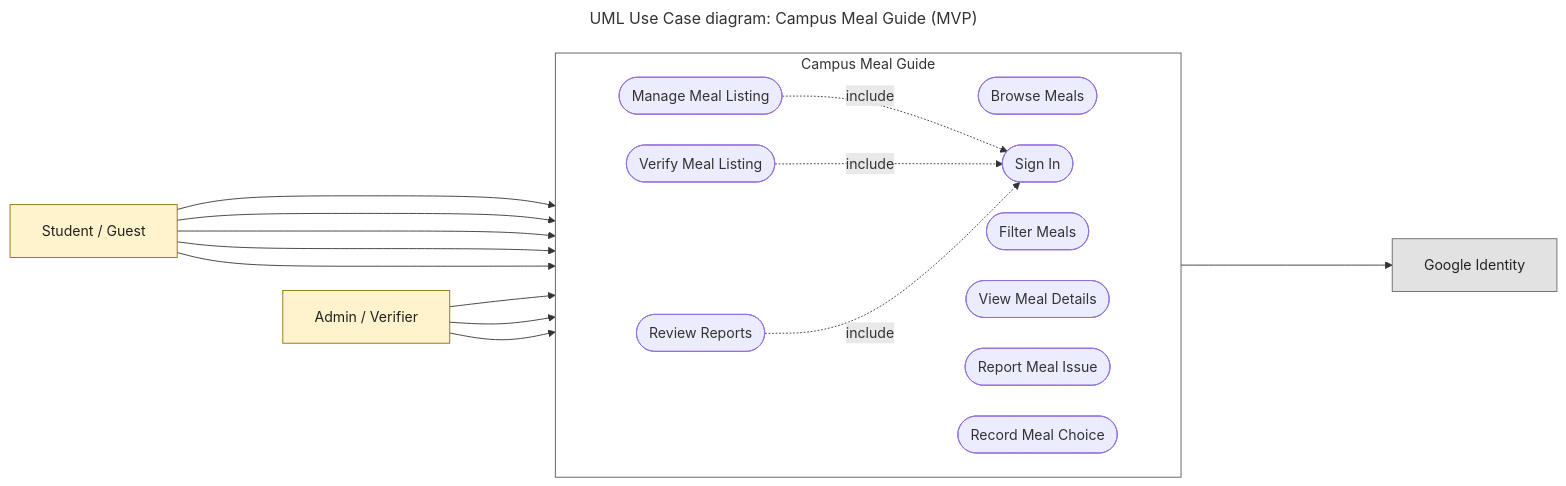
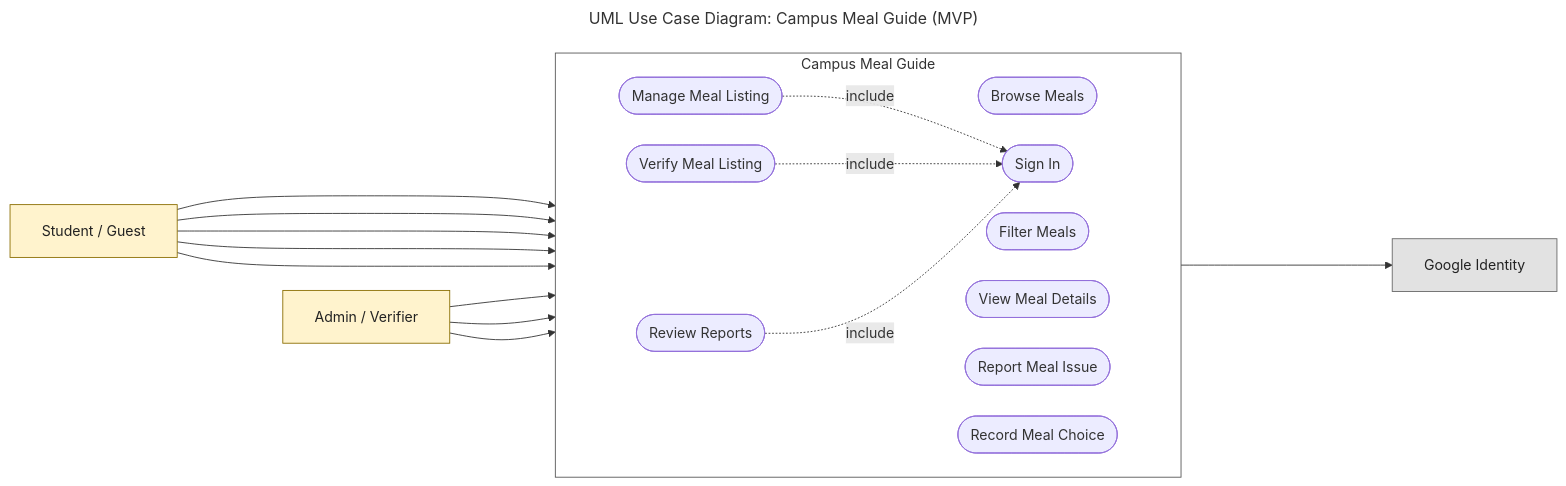
Before and after one commit to edoygobole29-ops/Team-Doy: the diagram in architecture/Team-Doy/use-cases.md, drawn with Mermaid.

Commit message:
Benavides

````diff
--- a/architecture/Team-Doy/use-cases.md
+++ b/architecture/Team-Doy/use-cases.md
@@ -5,55 +5,55 @@
 ```mermaid
 ---
-title: "UML Use Case diagram: Campus Meal Guide (MVP)"
+title: "UML Use Case Diagram: Campus Meal Guide (MVP)"
 config:
   flowchart:
     wrappingWidth: 340
     nodeSpacing: 35
     rankSpacing: 120
     padding: 18
 ---
 flowchart LR
 
     student["Student / Guest"]
 
     subgraph sys["Campus Meal Guide"]
         direction LR
 
         uc1(["Browse Meals"])
         uc2(["Filter Meals"])
         uc3(["View Meal Details"])
         uc4(["Report Meal Issue"])
         uc5(["Record Meal Choice"])
         uc6(["Sign In"])
         uc7(["Manage Meal Listing"])
         uc8(["Verify Meal Listing"])
         uc9(["Review Reports"])
     end
 
     admin["Admin / Verifier"]
     google["Google Identity"]
 
     student ---> uc1
     student ---> uc2
     student ---> uc3
     student ---> uc4
     student ---> uc5
 
     admin --> uc7
     admin --> uc8
     admin --> uc9
 
     uc7 -.->|"include"| uc6
     uc8 -.->|"include"| uc6
     uc9 -.->|"include"| uc6
 
     uc6 ---> google
 
     classDef actor fill:#fff3cd,stroke:#8a6d00,color:#222
     classDef ext fill:#e2e2e2,stroke:#666,color:#222
 
     class student,admin actor
     class google ext
 
     style sys fill:none,stroke:#555
 ```
````
